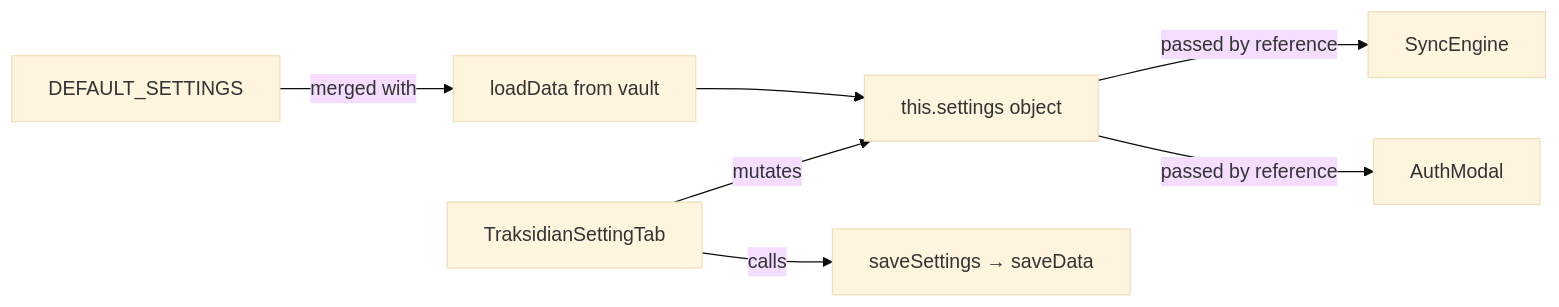
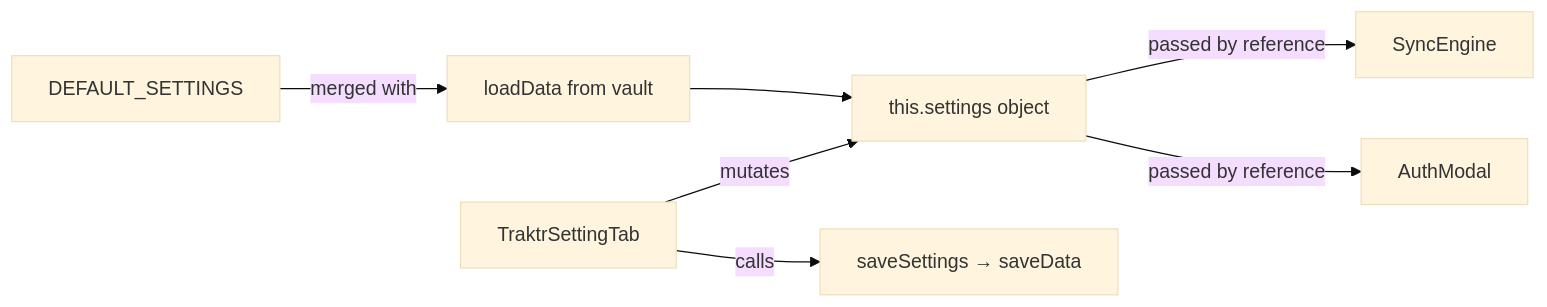
The fifth of 16 diagrams in doc/DEVELOPER.md (sarimabbas/traktr), drawn with Mermaid (base theme) before and after one commit. The commit also changed other lines of this file and 10 other files, not shown here.

````diff
--- a/doc/DEVELOPER.md
+++ b/doc/DEVELOPER.md
@@ -152,9 +152,9 @@
 ```mermaid
 flowchart LR
     DF[DEFAULT_SETTINGS] -->|merged with| LD[loadData from vault]
     LD --> S[this.settings object]
     S -->|passed by reference| SE[SyncEngine]
     S -->|passed by reference| AUTH[AuthModal]
-    UI[TraksidianSettingTab] -->|mutates| S
+    UI[TraktrSettingTab] -->|mutates| S
     UI -->|calls| SAVE[saveSettings → saveData]
 ```
````
